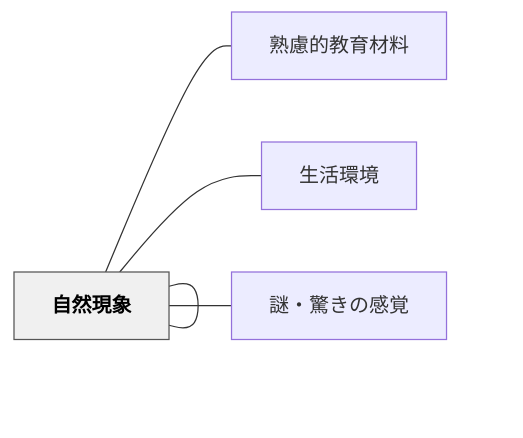
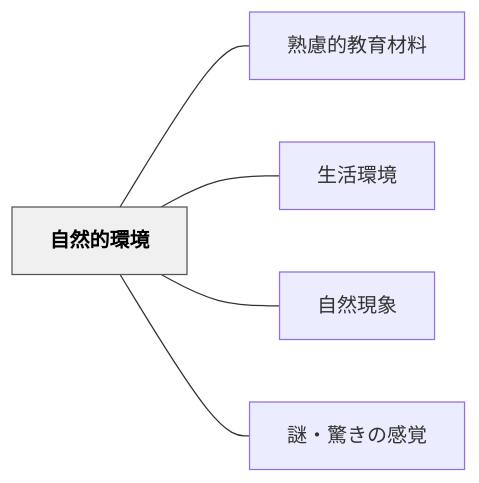
The diagram in content/パタン/自然的環境.md (unknownthings-ed-patterns/unknownthings-ed-patterns), drawn with Mermaid before and after one commit. The commit also changed 527 other files, not shown here.

````diff
--- a/content/パタン/自然的環境.md
+++ b/content/パタン/自然的環境.md
@@ -45,16 +45,16 @@
 ```mermaid
 flowchart LR
-    ne887aae784b6["自然的環境"]
-    ne7869fe685ae["熟慮的教育材料"]
-    ne7949fe6b4bb["生活環境"]
-    ne887aae784b6["自然現象"]
-    ne8ac8ee383bb["謎・驚きの感覚"]
+    ne887aae784b6e79a84e792b0e5a283["自然的環境"]
+    ne7869fe685aee79a84e69599e882b2e69d90e69699["熟慮的教育材料"]
+    ne7949fe6b4bbe792b0e5a283["生活環境"]
+    ne887aae784b6e78fbee8b1a1["自然現象"]
+    ne8ac8ee383bbe9a99ae3818de381aee6849fe8a69a["謎・驚きの感覚"]
 
-    ne887aae784b6 --- ne7869fe685ae
-    ne887aae784b6 --- ne7949fe6b4bb
-    ne887aae784b6 --- ne887aae784b6
-    ne887aae784b6 --- ne8ac8ee383bb
+    ne887aae784b6e79a84e792b0e5a283 --- ne7869fe685aee79a84e69599e882b2e69d90e69699
+    ne887aae784b6e79a84e792b0e5a283 --- ne7949fe6b4bbe792b0e5a283
+    ne887aae784b6e79a84e792b0e5a283 --- ne887aae784b6e78fbee8b1a1
+    ne887aae784b6e79a84e792b0e5a283 --- ne8ac8ee383bbe9a99ae3818de381aee6849fe8a69a
 
     classDef hub fill:#f0f0f0,stroke:#555,color:#000,font-weight:bold
-    class ne887aae784b6 hub
+    class ne887aae784b6e79a84e792b0e5a283 hub
 ```
````
